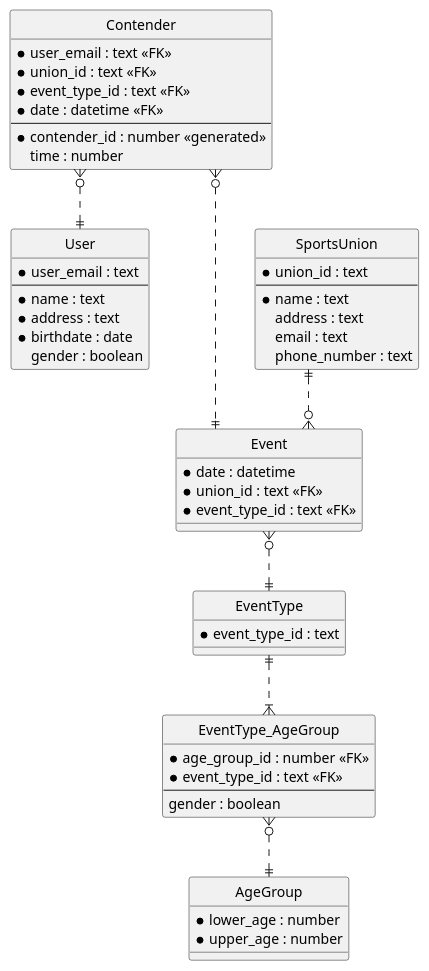
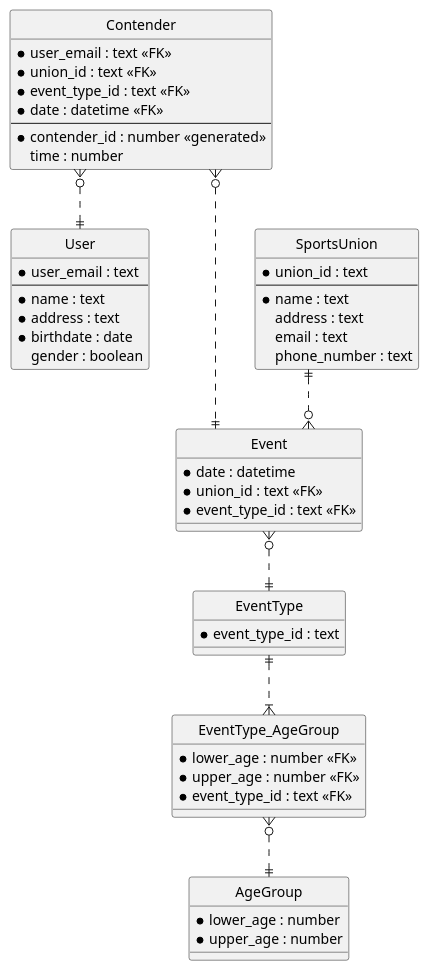
The diagram in src/main/resources/ER-Diagram.puml (DTUSoftware/DBProject), drawn with PlantUML before and after one commit. The commit also changed 1 other file, not shown here.

```diff
--- a/src/main/resources/ER-Diagram.puml
+++ b/src/main/resources/ER-Diagram.puml
@@ -1,73 +1,72 @@
 @startuml
 'https://plantuml.com/ie-diagram
 
 ' hide the spot
 hide circle
 
 ' avoid problems with angled crows feet
 skinparam linetype ortho
 
 entity User {
   *user_email : text
   --
   *name : text
   *address : text
   *birthdate : date
   gender : boolean
 }
 
 entity Event {
   *date : datetime
   *union_id : text <<FK>>
   *event_type_id : text <<FK>>
 }
 
 entity EventType {
   *event_type_id : text
 }
 Event }o..|| EventType
 
 entity Contender {
   * user_email : text <<FK>>
   * union_id : text <<FK>>
   * event_type_id : text <<FK>>
   * date : datetime <<FK>>
   --
   *contender_id : number <<generated>>
   time : number
 }
 Contender }o...|| Event
 Contender }o..|| User
 
 
 entity AgeGroup {
     *lower_age : number
     *upper_age : number
 }
 
 entity EventType_AgeGroup {
-    * age_group_id : number <<FK>>
+    * lower_age : number <<FK>>
+    * upper_age : number <<FK>>
     * event_type_id : text <<FK>>
-    --
-    gender : boolean
 }
 EventType ||..|{ EventType_AgeGroup
 EventType_AgeGroup }o..|| AgeGroup
 
 entity SportsUnion {
     *union_id : text
     --
     *name : text
     address : text
     email : text
     phone_number : text
 }
 SportsUnion ||..o{ Event
 
 
 
 'User ||..o{ Event
 'User |o..o{ Contender
 
 
 @enduml
```
